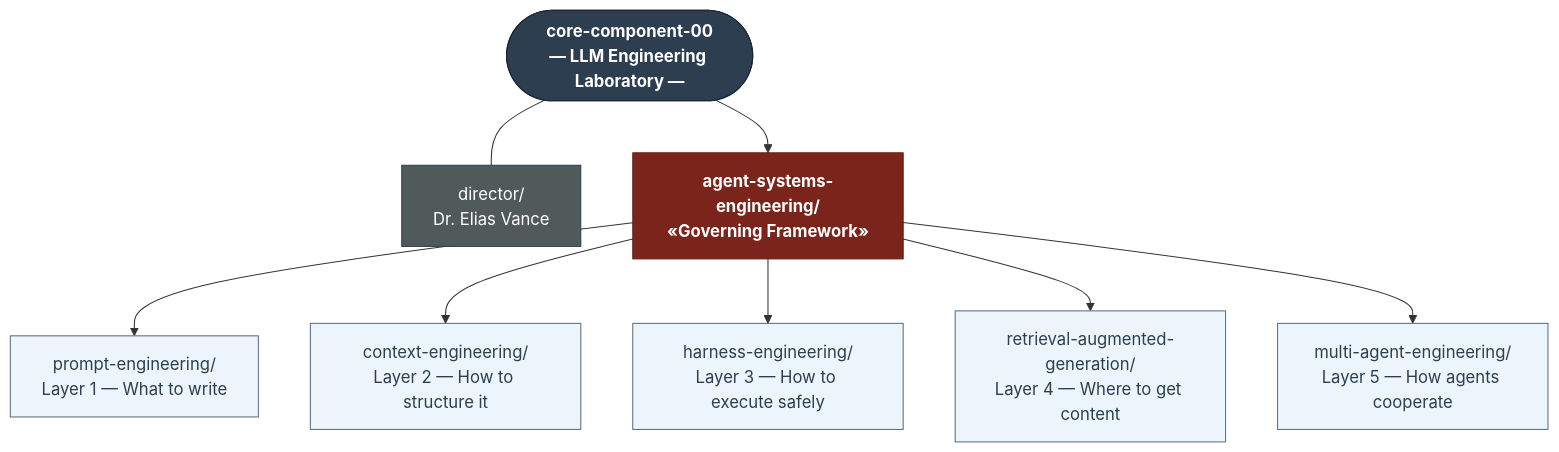
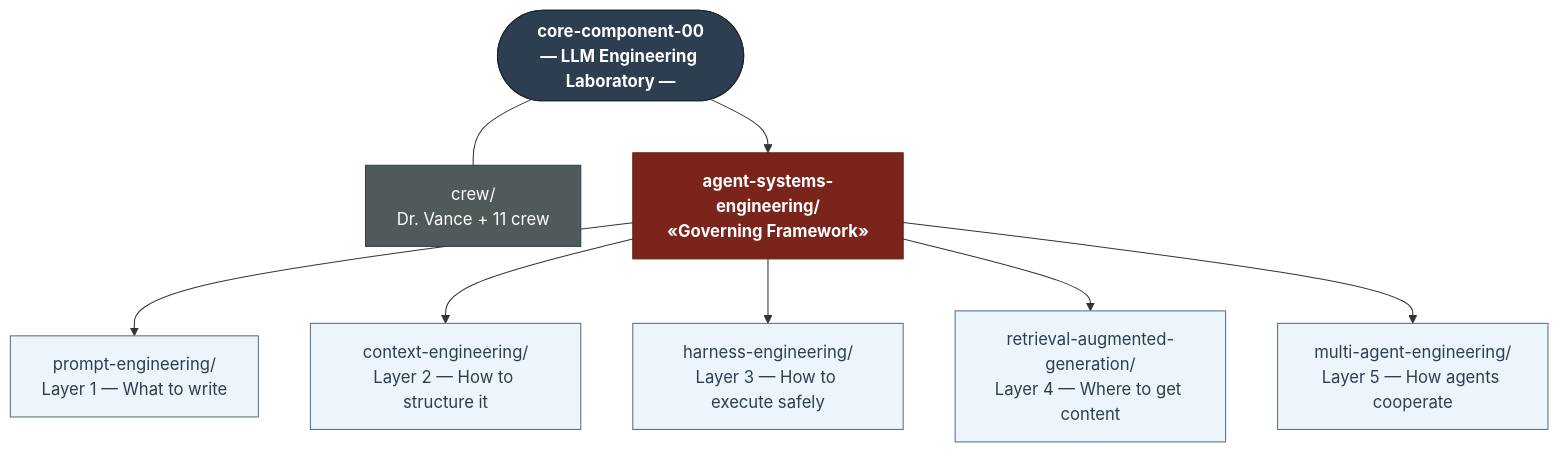
The diagram in core-component-00/README.md (PhoenixNest/AGENT-GLOBAL-BASE), drawn with Mermaid before and after one commit. The commit also changed other lines of this file and 83 other files, not shown here.

````diff
--- a/core-component-00/README.md
+++ b/core-component-00/README.md
@@ -27,29 +86,29 @@
 ```mermaid
 graph TB
     CC00(["core-component-00<br/>— LLM Engineering Laboratory —"])
-    DIR["director/<br/>Dr. Elias Vance"]
+    DIR["crew/<br/>Dr. Vance + 11 crew"]
     ASE["agent-systems-engineering/<br/>«Governing Framework»"]
     PE["prompt-engineering/<br/>Layer 1 — What to write"]
     CE["context-engineering/<br/>Layer 2 — How to structure it"]
     HE["harness-engineering/<br/>Layer 3 — How to execute safely"]
     RAG["retrieval-augmented-generation/<br/>Layer 4 — Where to get content"]
     MAE["multi-agent-engineering/<br/>Layer 5 — How agents cooperate"]
 
     CC00 --- DIR
     CC00 --> ASE
     ASE --> PE
     ASE --> CE
     ASE --> HE
     ASE --> RAG
     ASE --> MAE
 
     classDef lab fill:#2C3E50,stroke:#1A252F,color:#fff,font-weight:bold
     classDef ase fill:#7B241C,stroke:#641E16,color:#fff,font-weight:bold
     classDef mod fill:#EBF5FB,stroke:#5D6D7E,color:#2C3E50
     classDef dir fill:#515A5A,stroke:#2C3E50,color:#fff
 
     class CC00 lab
     class ASE ase
     class PE,CE,HE,RAG,MAE mod
     class DIR dir
 ```
````
